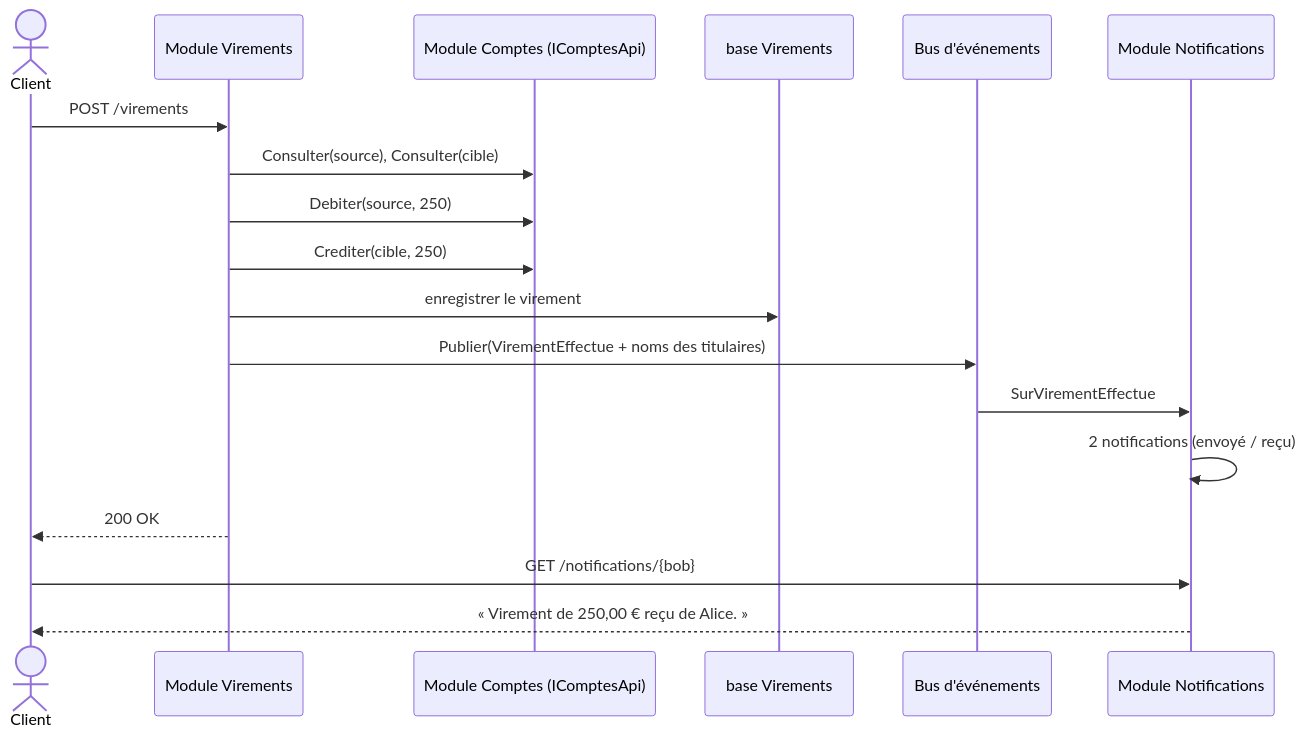
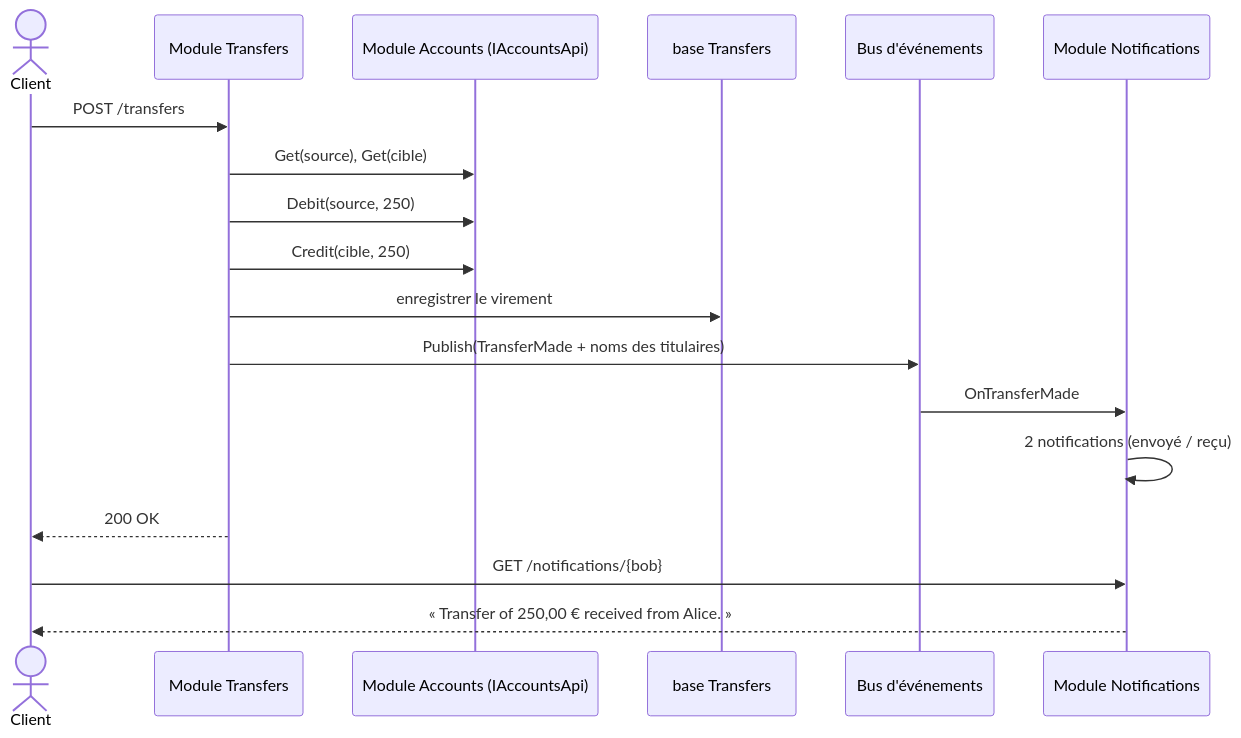
The third of 3 diagrams in Docs/07-monolithe-modulaire.md (drangoht/ArchitecturesDemo), drawn with Mermaid before and after one commit. The commit also changed other lines of this file and 70 other files, not shown here.

Commit message:
Docs FR : identifiants, liens, diagrammes et sorties alignés sur le code anglais

````diff
--- a/Docs/07-monolithe-modulaire.md
+++ b/Docs/07-monolithe-modulaire.md
@@ -188,20 +188,20 @@
 ```mermaid
 sequenceDiagram
     actor Client
-    participant V as Module Virements
-    participant C as Module Comptes (IComptesApi)
-    participant DBV as base Virements
+    participant V as Module Transfers
+    participant C as Module Accounts (IAccountsApi)
+    participant DBV as base Transfers
     participant B as Bus d'événements
     participant N as Module Notifications
-    Client->>V: POST /virements
-    V->>C: Consulter(source), Consulter(cible)
-    V->>C: Debiter(source, 250)
-    V->>C: Crediter(cible, 250)
+    Client->>V: POST /transfers
+    V->>C: Get(source), Get(cible)
+    V->>C: Debit(source, 250)
+    V->>C: Credit(cible, 250)
     V->>DBV: enregistrer le virement
-    V->>B: Publier(VirementEffectue + noms des titulaires)
-    B->>N: SurVirementEffectue
+    V->>B: Publish(TransferMade + noms des titulaires)
+    B->>N: OnTransferMade
     N->>N: 2 notifications (envoyé / reçu)
     V-->>Client: 200 OK
     Client->>N: GET /notifications/{bob}
-    N-->>Client: « Virement de 250,00 € reçu de Alice. »
+    N-->>Client: « Transfer of 250,00 € received from Alice. »
 ```
````
